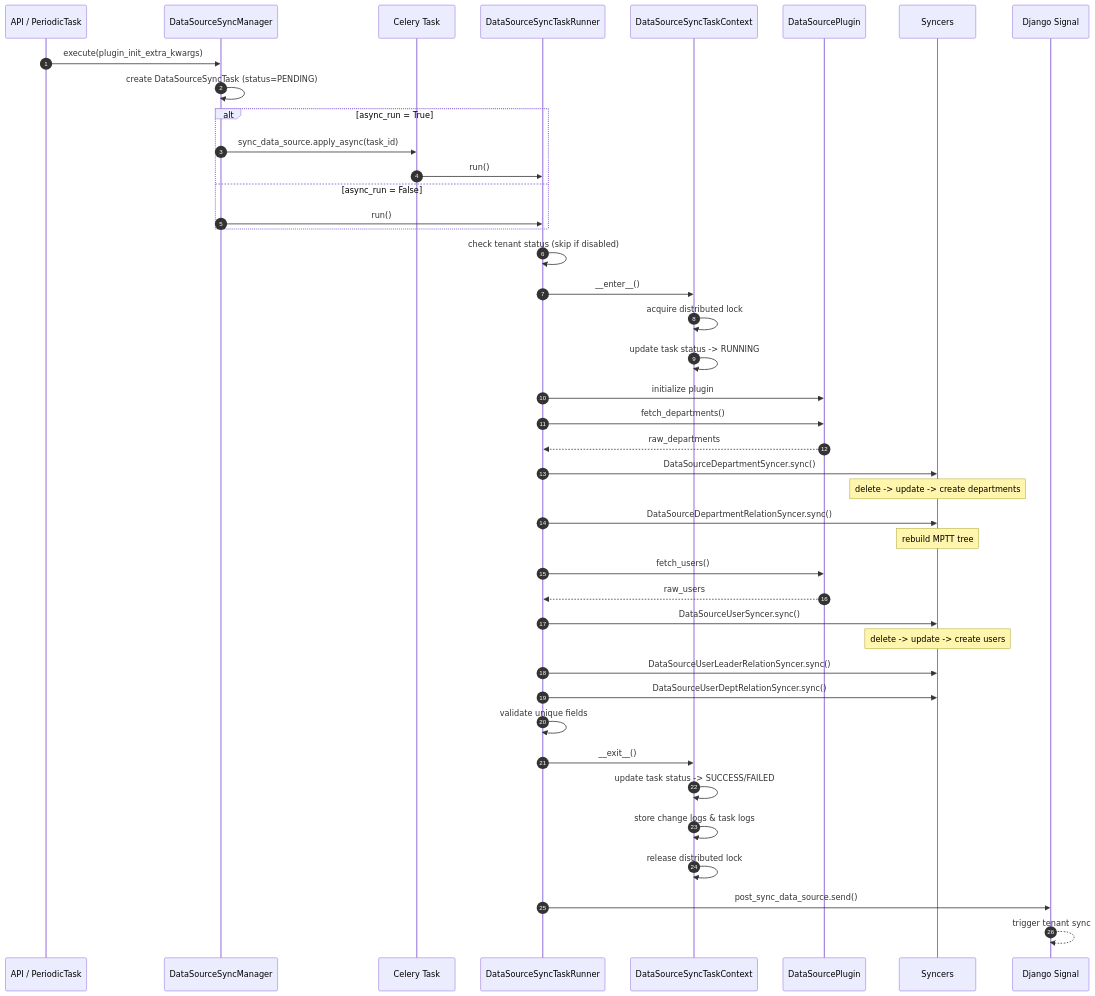
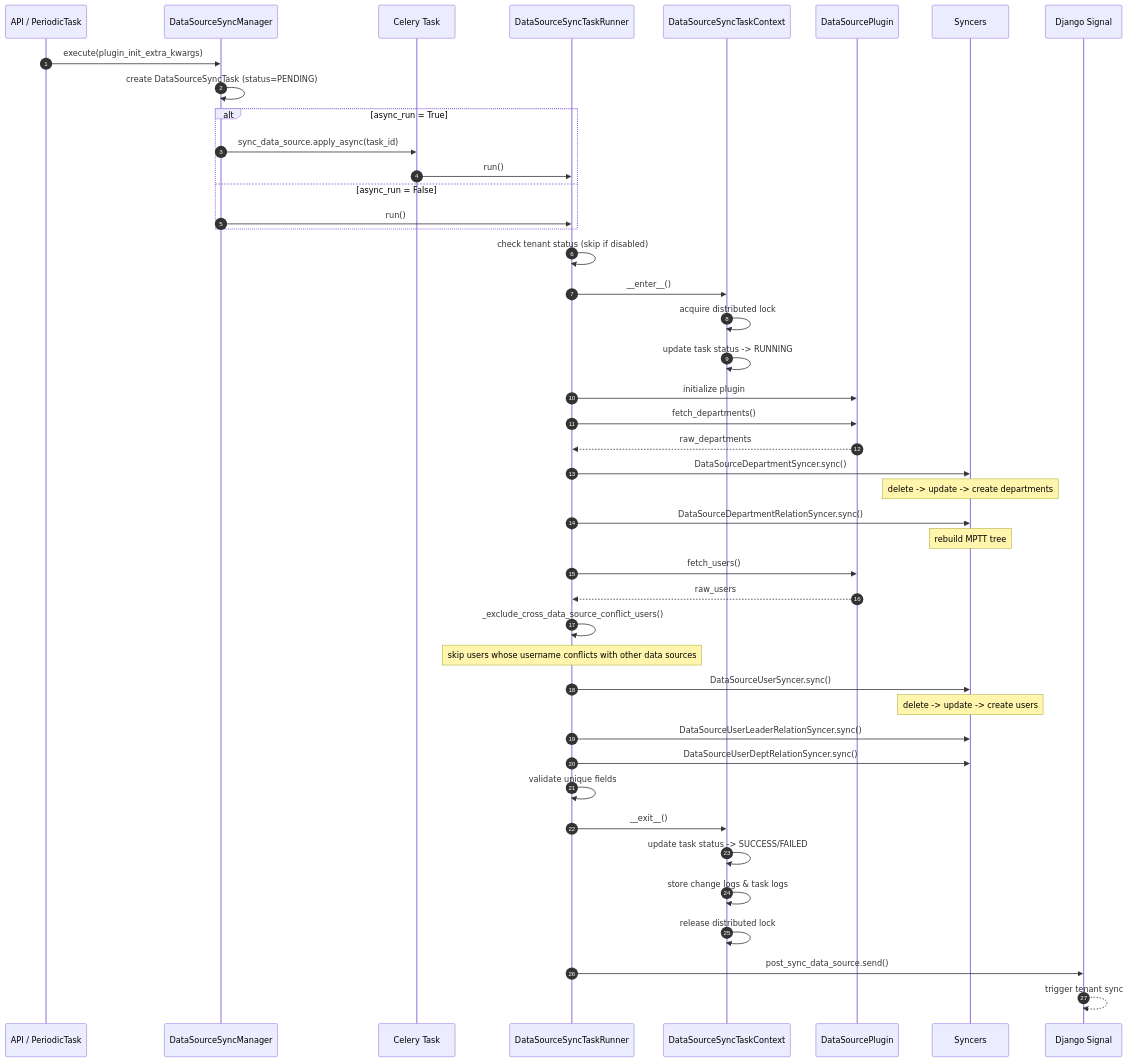
The first of 3 diagrams in src/bk-user/bkuser/apps/sync/README.md (TencentBlueKing/bk-user), drawn with Mermaid before and after one commit. The commit also changed 4 other files, not shown here.

````diff
--- a/src/bk-user/bkuser/apps/sync/README.md
+++ b/src/bk-user/bkuser/apps/sync/README.md
@@ -82,54 +82,56 @@
 ```mermaid
 sequenceDiagram
     autonumber
     participant Client as API / PeriodicTask
     participant Manager as DataSourceSyncManager
     participant Task as Celery Task
     participant Runner as DataSourceSyncTaskRunner
     participant Context as DataSourceSyncTaskContext
     participant Plugin as DataSourcePlugin
     participant Syncers as Syncers
     participant Signal as Django Signal
 
     Client->>Manager: execute(plugin_init_extra_kwargs)
     Manager->>Manager: create DataSourceSyncTask (status=PENDING)
 
     alt async_run = True
         Manager->>Task: sync_data_source.apply_async(task_id)
         Task->>Runner: run()
     else async_run = False
         Manager->>Runner: run()
     end
 
     Runner->>Runner: check tenant status (skip if disabled)
     Runner->>Context: __enter__()
     Context->>Context: acquire distributed lock
     Context->>Context: update task status -> RUNNING
 
     Runner->>Plugin: initialize plugin
     Runner->>Plugin: fetch_departments()
     Plugin-->>Runner: raw_departments
 
     Runner->>Syncers: DataSourceDepartmentSyncer.sync()
     Note over Syncers: delete -> update -> create departments
     Runner->>Syncers: DataSourceDepartmentRelationSyncer.sync()
     Note over Syncers: rebuild MPTT tree
 
     Runner->>Plugin: fetch_users()
     Plugin-->>Runner: raw_users
 
+    Runner->>Runner: _exclude_cross_data_source_conflict_users()
+    Note over Runner: skip users whose username conflicts with other data sources
     Runner->>Syncers: DataSourceUserSyncer.sync()
     Note over Syncers: delete -> update -> create users
     Runner->>Syncers: DataSourceUserLeaderRelationSyncer.sync()
     Runner->>Syncers: DataSourceUserDeptRelationSyncer.sync()
 
     Runner->>Runner: validate unique fields
 
     Runner->>Context: __exit__()
     Context->>Context: update task status -> SUCCESS/FAILED
     Context->>Context: store change logs & task logs
     Context->>Context: release distributed lock
 
     Runner->>Signal: post_sync_data_source.send()
     Signal-->>Signal: trigger tenant sync
 ```
````
